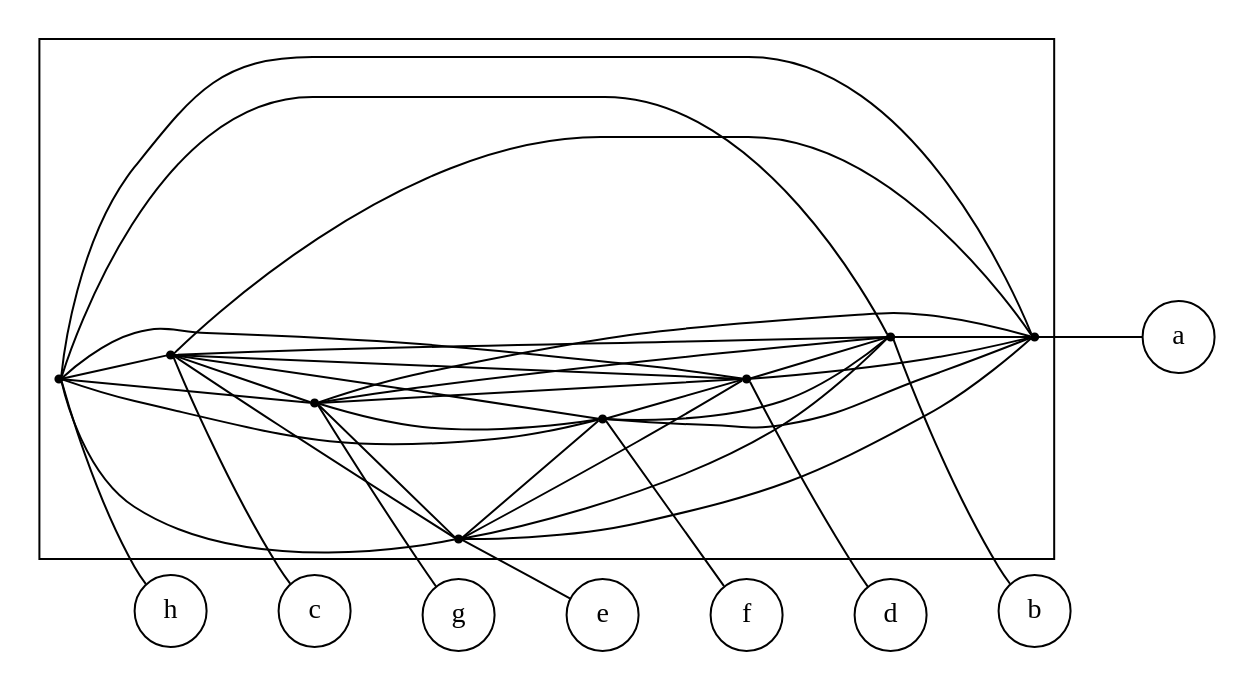
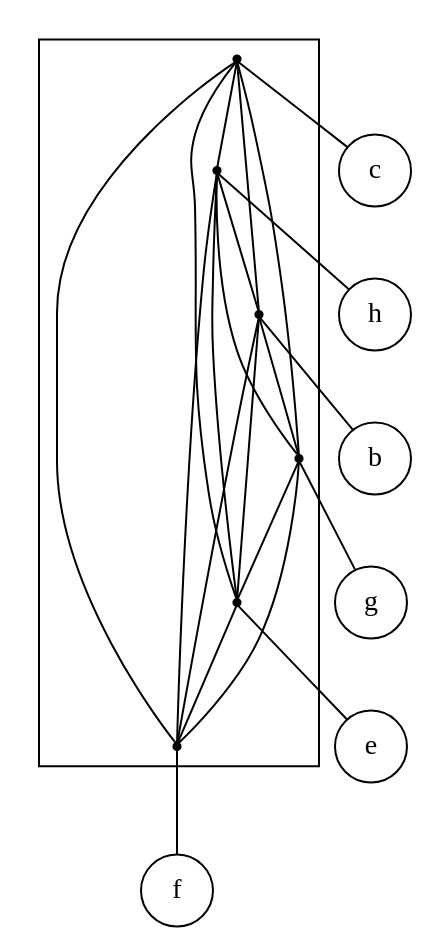
Before and after one commit to lrodrin/TFG: the diagram in src/final/plain_2-structure.dot, drawn with Graphviz. The commit also changed 54 other files, not shown here.

```diff
--- a/src/final/plain_2-structure.dot
+++ b/src/final/plain_2-structure.dot
@@ -1,55 +1,38 @@
 digraph "plain_2-structure" {
 compound=true;
 fontname=Verdana;
 fontsize=12;
-rankdir=LR;
+newrank=true;
 node [shape=circle];
+c;
 h;
-c;
+b;
 g;
 e;
 f;
-d;
-b;
-a;
-subgraph cluster_fcdbgaeh {
+subgraph cluster_fhegbc {
 node [shape=point];
-s_h -> s_c  [color=black, arrowhead=none];
+s_c -> s_h  [color=black, arrowhead=none];
+s_c -> s_b  [color=black, arrowhead=none];
+s_c -> s_g  [color=black, arrowhead=none];
+s_c -> s_e  [color=black, arrowhead=none];
+s_c -> s_f  [color=black, arrowhead=none];
+s_h -> s_b  [color=black, arrowhead=none];
 s_h -> s_g  [color=black, arrowhead=none];
 s_h -> s_e  [color=black, arrowhead=none];
 s_h -> s_f  [color=black, arrowhead=none];
-s_h -> s_d  [color=black, arrowhead=none];
-s_h -> s_b  [color=black, arrowhead=none];
-s_h -> s_a  [color=black, arrowhead=none];
-s_c -> s_g  [color=black, arrowhead=none];
-s_c -> s_e  [color=black, arrowhead=none];
-s_c -> s_f  [color=black, arrowhead=none];
-s_c -> s_d  [color=black, arrowhead=none];
-s_c -> s_b  [color=black, arrowhead=none];
-s_c -> s_a  [color=black, arrowhead=none];
+s_b -> s_g  [color=black, arrowhead=none];
+s_b -> s_e  [color=black, arrowhead=none];
+s_b -> s_f  [color=black, arrowhead=none];
 s_g -> s_e  [color=black, arrowhead=none];
 s_g -> s_f  [color=black, arrowhead=none];
-s_g -> s_d  [color=black, arrowhead=none];
-s_g -> s_b  [color=black, arrowhead=none];
-s_g -> s_a  [color=black, arrowhead=none];
 s_e -> s_f  [color=black, arrowhead=none];
-s_e -> s_d  [color=black, arrowhead=none];
-s_e -> s_b  [color=black, arrowhead=none];
-s_e -> s_a  [color=black, arrowhead=none];
-s_f -> s_d  [color=black, arrowhead=none];
-s_f -> s_b  [color=black, arrowhead=none];
-s_f -> s_a  [color=black, arrowhead=none];
-s_d -> s_b  [color=black, arrowhead=none];
-s_d -> s_a  [color=black, arrowhead=none];
-s_b -> s_a  [color=black, arrowhead=none];
 }
 
+s_c -> c  [arrowhead=none];
 s_h -> h  [arrowhead=none];
-s_c -> c  [arrowhead=none];
+s_b -> b  [arrowhead=none];
 s_g -> g  [arrowhead=none];
 s_e -> e  [arrowhead=none];
 s_f -> f  [arrowhead=none];
-s_d -> d  [arrowhead=none];
-s_b -> b  [arrowhead=none];
-s_a -> a  [arrowhead=none];
 }
```
